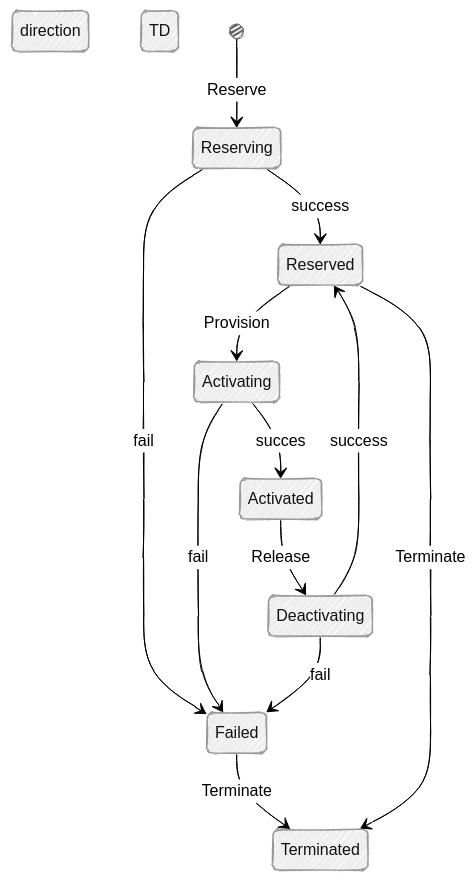
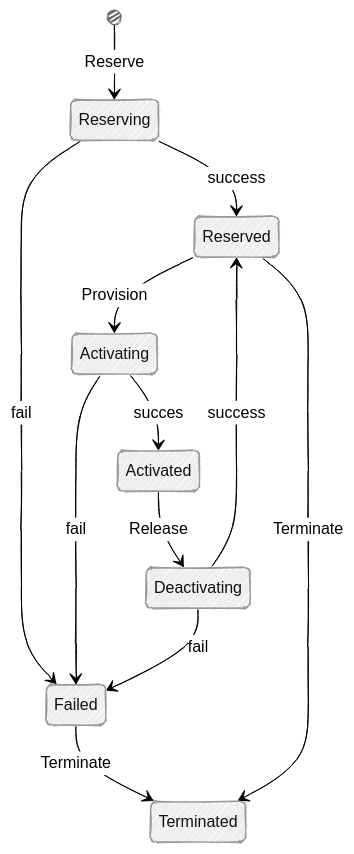
One commit to workfloworchestrator/nsi-aggregator-proxy changed the diagram in README.md. Above: the diagram before and after it, drawn with Mermaid.

Commit message:
update state diagram formatting in README.md

````diff
--- a/README.md
+++ b/README.md
@@ -5,20 +5,18 @@
 ```mermaid
 %%{init: {"look": "handDrawn", "theme": "neutral"}}%%
 stateDiagram-v2
-    direction TD
-
     [*] --> Reserving : Reserve
     state Reserving <<choice>>
     Reserving --> Reserved : success
     Reserving --> Failed : fail
     Failed --> Terminated : Terminate
     Reserved --> Activating : Provision
     state Activating <<choice>>
     Activating --> Activated : succes
     Activating --> Failed : fail
     Activated --> Deactivating : Release
     state Deactivating <<choice>>
     Deactivating --> Reserved : success
     Deactivating --> Failed : fail
     Reserved --> Terminated : Terminate
 ```
````
